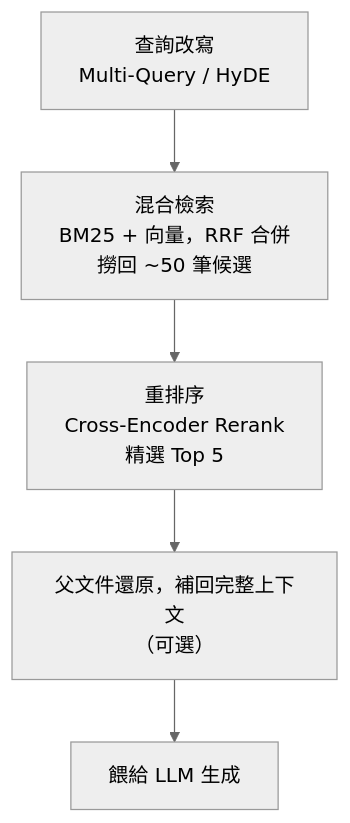
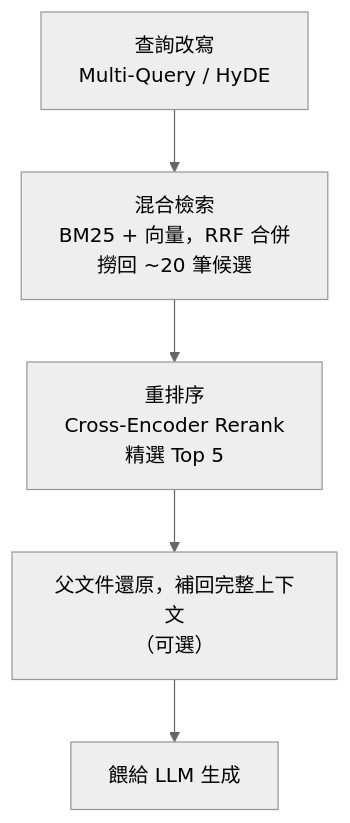
The diagram in src/content/posts/langchain-與-llm-學習筆記-ep-2.md (Peter-To-Better/Blog), drawn with Mermaid (neutral theme) before and after one commit. The commit also changed other lines of this file and 12 other files, not shown here.

````diff
--- a/src/content/posts/langchain-與-llm-學習筆記-ep-2.md
+++ b/src/content/posts/langchain-與-llm-學習筆記-ep-2.md
@@ -188,7 +293,7 @@
 ```mermaid
 flowchart TD
-    A["查詢改寫<br/>Multi-Query / HyDE"] --> B["混合檢索<br/>BM25 + 向量，RRF 合併<br/>撈回 ~50 筆候選"]
+    A["查詢改寫<br/>Multi-Query / HyDE"] --> B["混合檢索<br/>BM25 + 向量，RRF 合併<br/>撈回 ~20 筆候選"]
     B --> C["重排序<br/>Cross-Encoder Rerank<br/>精選 Top 5"]
     C --> D["父文件還原，補回完整上下文<br/>（可選）"]
     D --> E["餵給 LLM 生成"]
 ```
````
